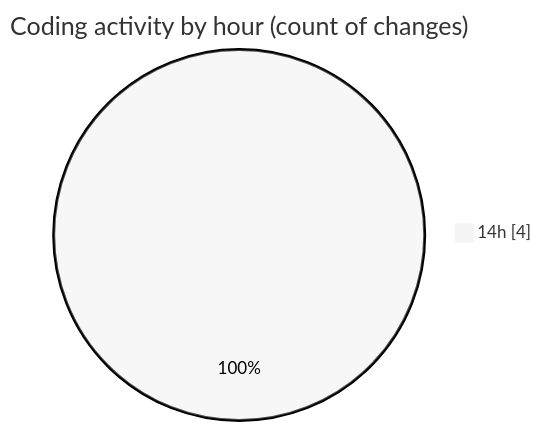
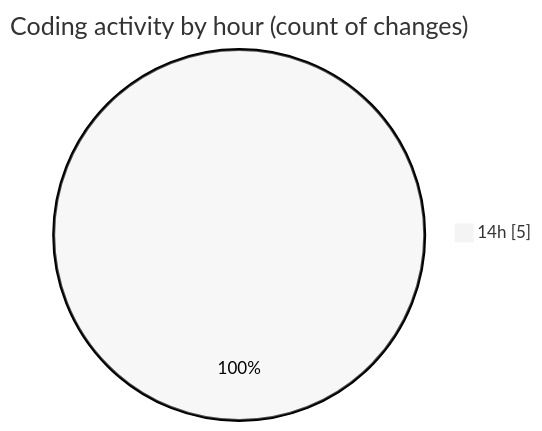
The second of 2 diagrams in 2025-02-12/coding_prac_4/README.md (NitaiMahat/code-tracking), drawn with Mermaid (neutral theme) before and after one commit. The commit also changed other lines of this file and 1 other file, not shown here.

````diff
--- a/2025-02-12/coding_prac_4/README.md
+++ b/2025-02-12/coding_prac_4/README.md
@@ -28,5 +28,5 @@
 ```mermaid
 pie showData
 title Coding activity by hour (count of changes)
-"14h" : 4
+"14h" : 5
 ```
````
